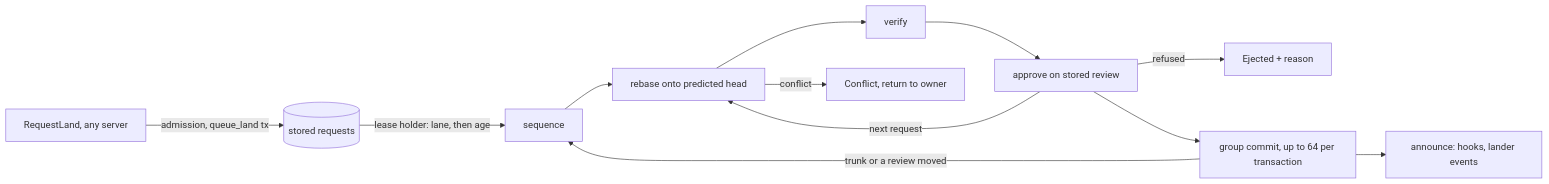
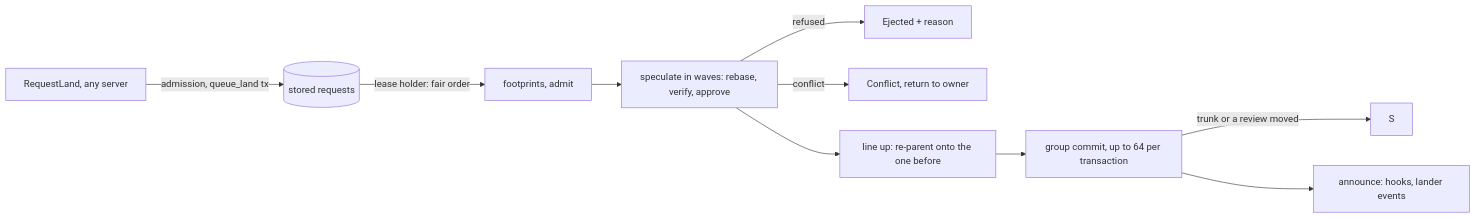
Before and after one commit to envoy1084/rill: the diagram in architecture/04-workflow/landing.md, drawn with Mermaid. The commit also changed other lines of this file and 28 other files, not shown here.

First line of the commit message:
lander: sequencer v1 with conflict domains, speculation and fair lanes

````diff
--- a/architecture/04-workflow/landing.md
+++ b/architecture/04-workflow/landing.md
@@ -13,14 +15,12 @@
 ```mermaid
 flowchart LR
     RL[RequestLand, any server] -->|admission, queue_land tx| Q[(stored requests)]
-    Q -->|lease holder: lane, then age| S[sequence]
-    S --> R[rebase onto predicted head]
-    R --> V[verify]
-    V --> A[approve on stored review]
-    A -->|next request| R
-    A -->|refused| E[Ejected + reason]
+    Q -->|lease holder: fair order| F[footprints, admit]
+    F --> R[speculate in waves: rebase, verify, approve]
+    R -->|refused| E[Ejected + reason]
     R -->|conflict| C[Conflict, return to owner]
-    A --> G[group commit, up to 64 per transaction]
+    R --> L[line up: re-parent onto the one before]
+    L --> G[group commit, up to 64 per transaction]
     G -->|trunk or a review moved| S
     G --> N[announce: hooks, lander events]
 ```
````
